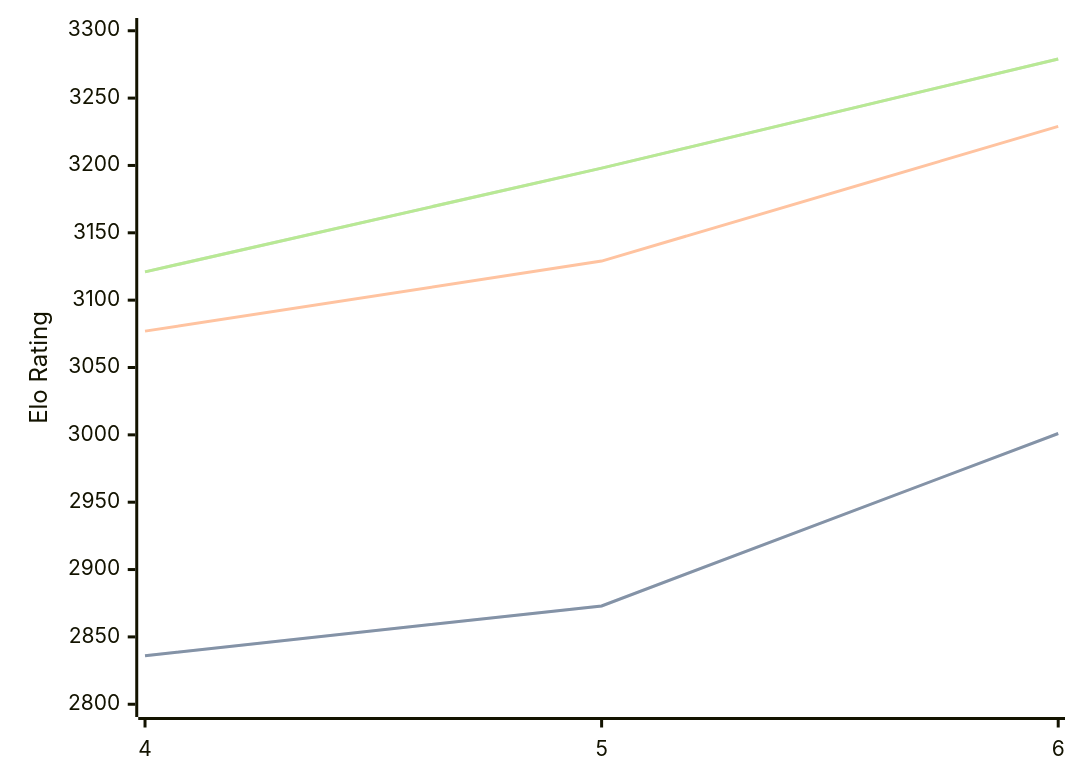
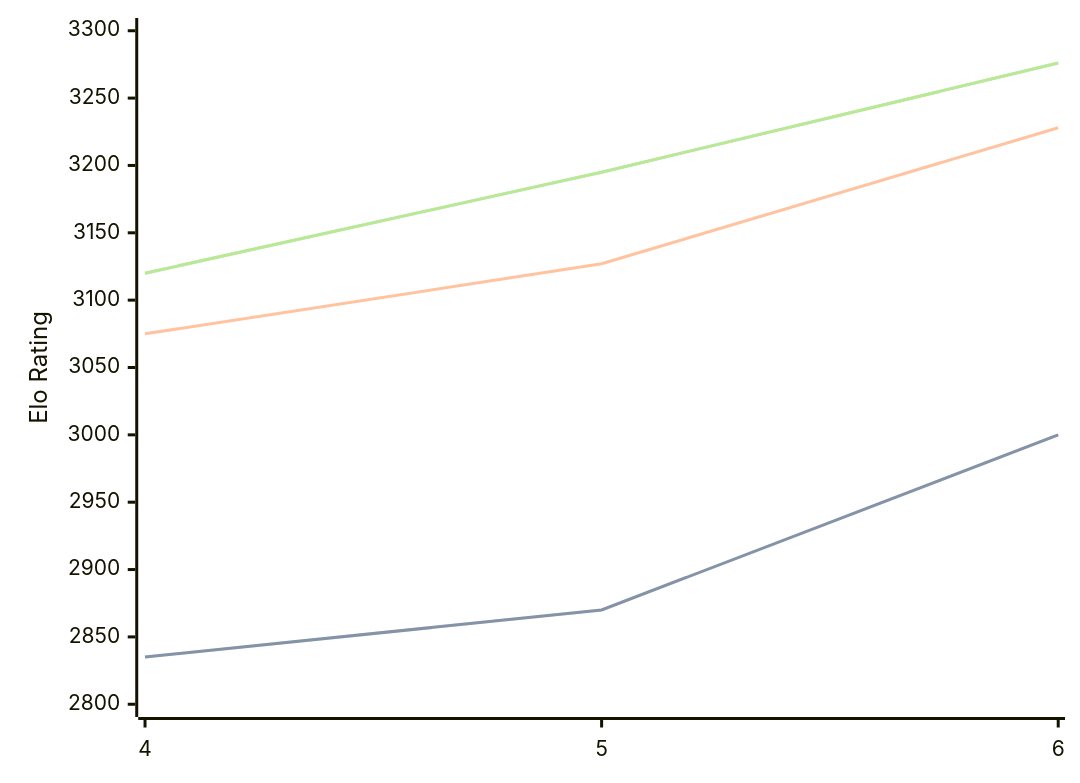
Before and after one commit to computer-chess-index/cci: the diagram in engines/Cwtch.md, drawn with Mermaid. The commit also changed other lines of this file, not shown here.

Commit message:
Update CCI Ratings (ELO VLTC) - 2026-08-12

````diff
--- a/engines/Cwtch.md
+++ b/engines/Cwtch.md
@@ -34,11 +34,11 @@
 ```mermaid
 %%{init: {"theme":"base","themeVariables":{"seriesColors:['#a3a3a3','#222221','#faa371']}}}%%
 xychart-beta
   x-axis ["4", "5", "6"]
   y-axis "Elo Rating" 2800 --> 3300
-  line "STC (8.0+0.08s)" [2836, 2873, 3001]
-  line "STC (8.0+0.08s)" [2836, 2873, 3001]
-  line "LTC (60.0+0.60s)" [3077, 3129, 3229]
-  line "VLTC (2m24s+1.12s)" [3121, 3198, 3279]
-  line "VLTC (2m24s+1.12s)" [3121, 3198, 3279]
+  line "STC (8.0+0.08s)" [2835, 2870, 3000]
+  line "STC (8.0+0.08s)" [2835, 2870, 3000]
+  line "LTC (60.0+0.60s)" [3075, 3127, 3228]
+  line "VLTC (2m24s+1.12s)" [3120, 3195, 3276]
+  line "VLTC (2m24s+1.12s)" [3120, 3195, 3276]
 ```
````
